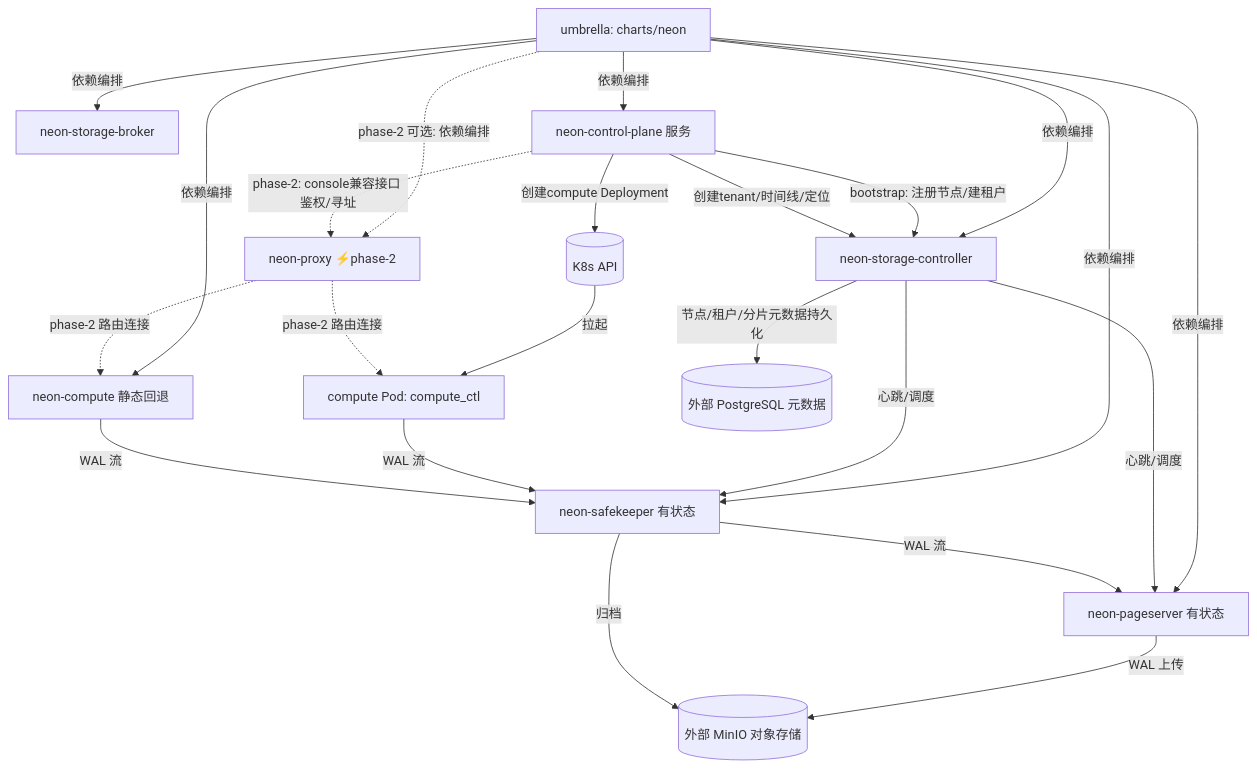
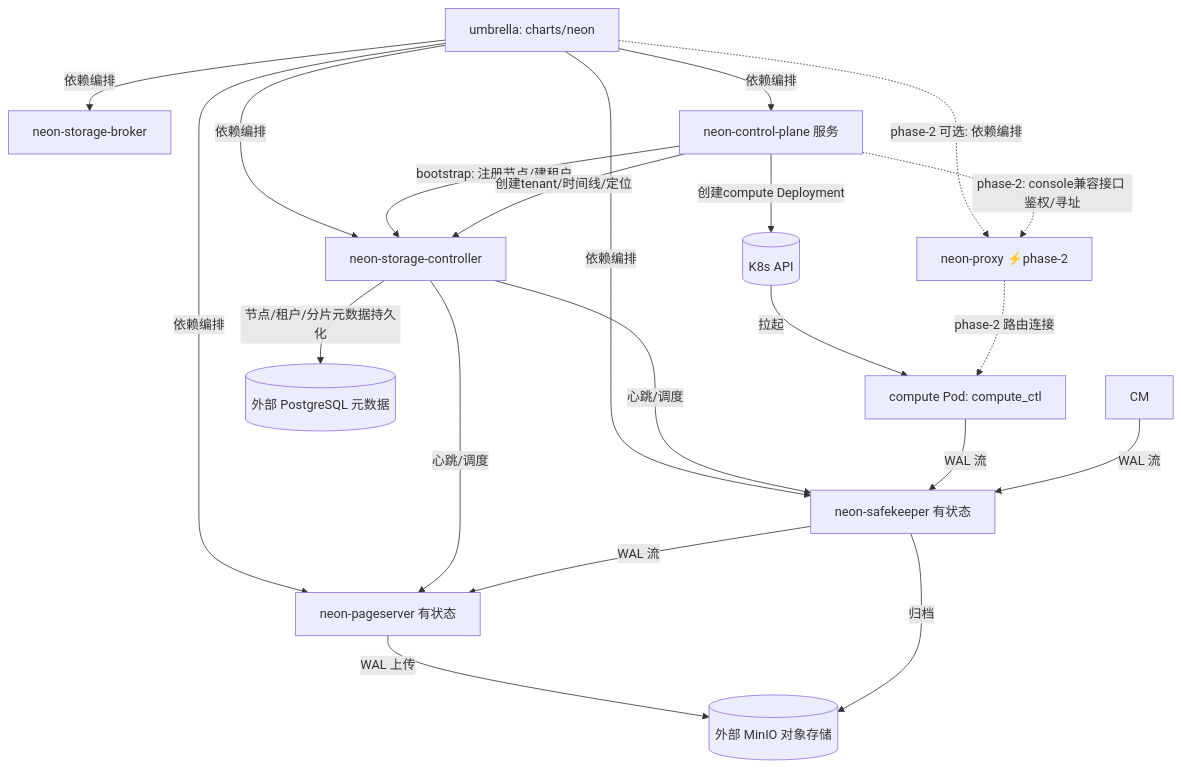
One commit to chirpyli/helm-charts changed the diagram in docs/plan.md. Above: the diagram before and after it, drawn with Mermaid. The commit also changed other lines of this file and 30 other files, not shown here.

````diff
--- a/docs/plan.md
+++ b/docs/plan.md
@@ -291,25 +305,23 @@
 ```mermaid
 graph TD
   U[umbrella: charts/neon] -->|依赖编排| SB[neon-storage-broker]
   U -->|依赖编排| SC[neon-storage-controller]
   U -.->|phase-2 可选: 依赖编排| PX[neon-proxy ⚡phase-2]
   U -->|依赖编排| PS[neon-pageserver 有状态]
   U -->|依赖编排| SK[neon-safekeeper 有状态]
   U -->|依赖编排| CP[neon-control-plane 服务]
-  U -->|依赖编排| CM[neon-compute 静态回退]
   CP -->|bootstrap: 注册节点/建租户| SC
   CP -->|创建tenant/时间线/定位| SC
   CP -->|创建compute Deployment| K8S[(K8s API)]
   K8S -->|拉起| CM2[compute Pod: compute_ctl]
   CP -.->|phase-2: console兼容接口 鉴权/寻址| PX
   PX -.->|phase-2 路由连接| CM2
-  PX -.->|phase-2 路由连接| CM
   SC -->|心跳/调度| PS
   SC -->|心跳/调度| SK
   SC -->|节点/租户/分片元数据持久化| PG[(外部 PostgreSQL 元数据)]
   PS -->|WAL 上传| EXT[(外部 MinIO 对象存储)]
   SK -->|归档| EXT
   CM2 -->|WAL 流| SK
   SK -->|WAL 流| PS
   CM -->|WAL 流| SK
 ```
````
